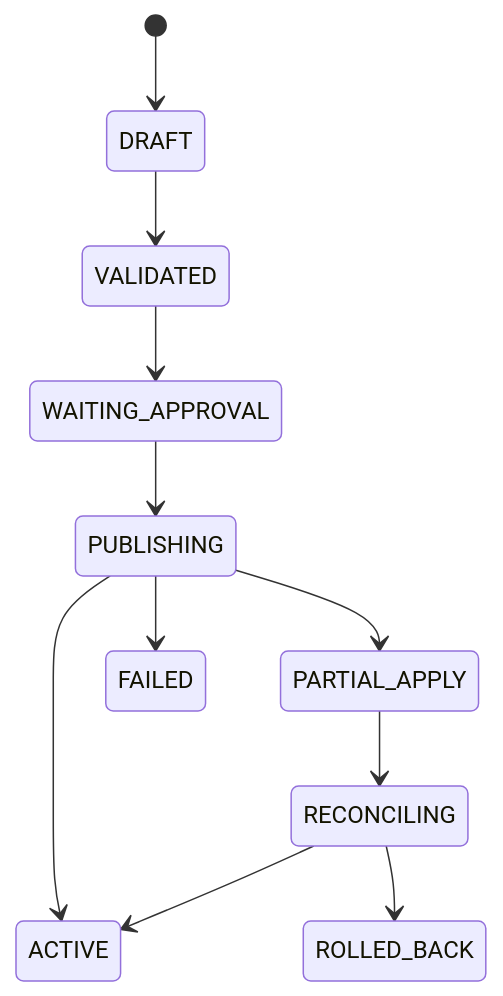
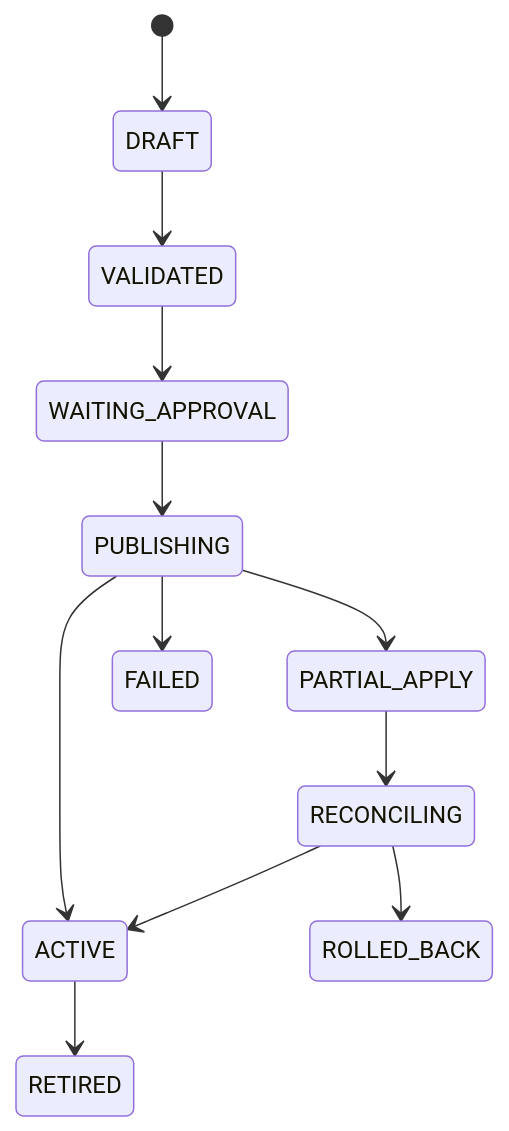
One commit to freeangelsun/202412_01_CPF changed the diagram in cpf-docs/guides/92_CPF_Gateway_매뉴얼.md. Above: the diagram before and after it, drawn with Mermaid. The commit also changed other lines of this file and 25 other files, not shown here.

````diff
--- a/cpf-docs/guides/92_CPF_Gateway_매뉴얼.md
+++ b/cpf-docs/guides/92_CPF_Gateway_매뉴얼.md
@@ -104,13 +301,14 @@
 ```mermaid
 stateDiagram-v2
   [*] --> DRAFT
   DRAFT --> VALIDATED
   VALIDATED --> WAITING_APPROVAL
   WAITING_APPROVAL --> PUBLISHING
   PUBLISHING --> ACTIVE
   PUBLISHING --> PARTIAL_APPLY
   PUBLISHING --> FAILED
   PARTIAL_APPLY --> RECONCILING
   RECONCILING --> ACTIVE
   RECONCILING --> ROLLED_BACK
+  ACTIVE --> RETIRED
 ```
````
